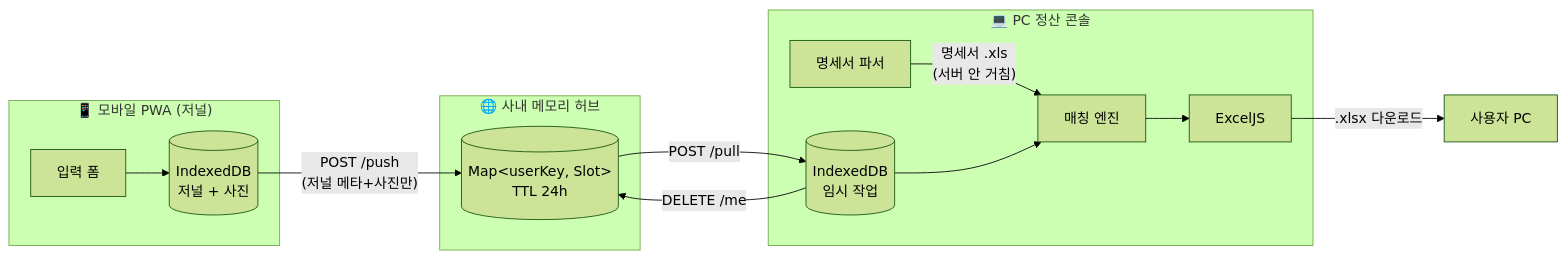
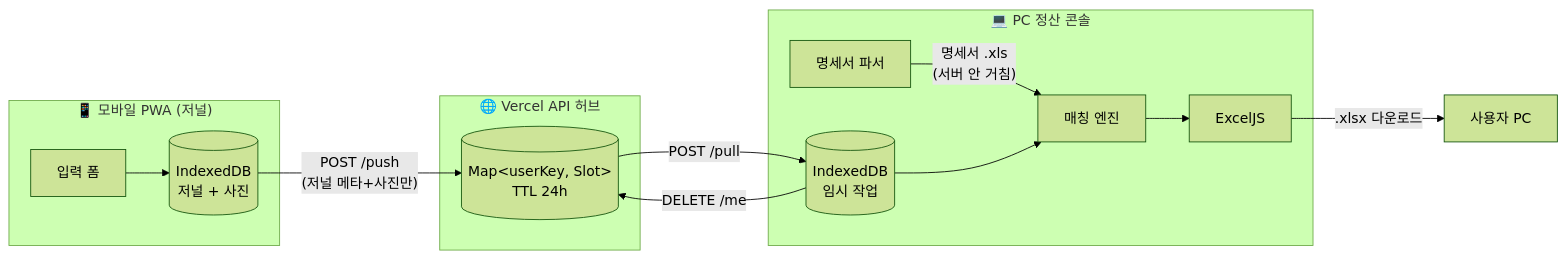
The diagram in docs/03-architecture.md (EXEM-FE/exem-payment-automation), drawn with Mermaid (forest theme) before and after one commit. The commit also changed other lines of this file and 21 other files, not shown here.

````diff
--- a/docs/03-architecture.md
+++ b/docs/03-architecture.md
@@ -5,27 +5,27 @@
 ```mermaid
 flowchart LR
     subgraph 모바일["📱 모바일 PWA (저널)"]
         M1[입력 폼]
         M2[(IndexedDB<br/>저널 + 사진)]
     end
 
-    subgraph 허브["🌐 사내 메모리 허브"]
+    subgraph 허브["🌐 Vercel API 허브"]
         H1[(Map&lt;userKey, Slot&gt;<br/>TTL 24h)]
     end
 
     subgraph PC["💻 PC 정산 콘솔"]
         P1[명세서 파서]
         P2[매칭 엔진]
         P3[ExcelJS]
         P4[(IndexedDB<br/>임시 작업)]
     end
 
     M1 --> M2
     M2 -- "POST /push<br/>(저널 메타+사진만)" --> H1
     H1 -- "POST /pull" --> P4
     P1 -- "명세서 .xls<br/>(서버 안 거침)" --> P2
     P4 --> P2
     P2 --> P3
     P3 -- ".xlsx 다운로드" --> User["사용자 PC"]
     P4 -- "DELETE /me" --> H1
 ```
````
